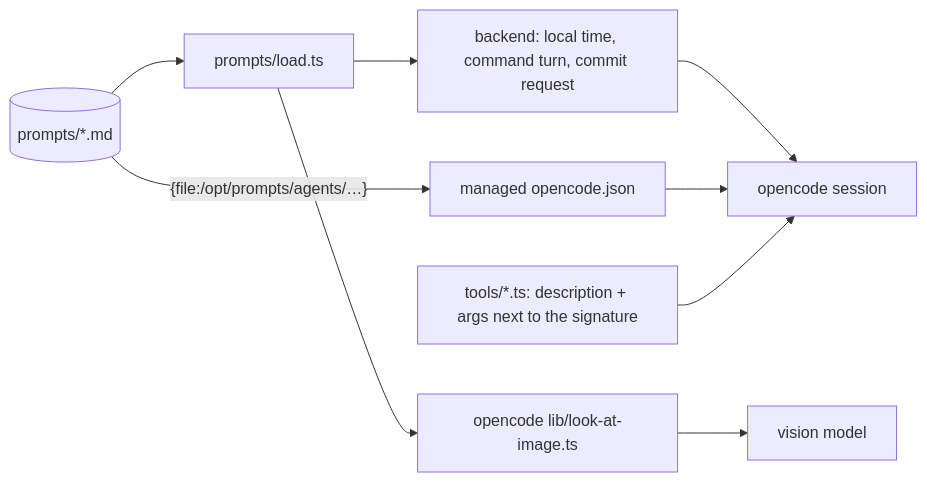
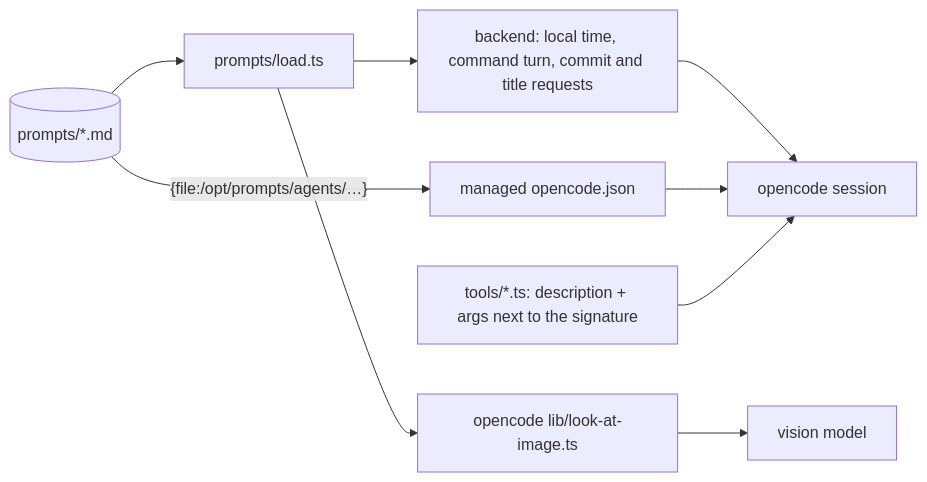
Before and after one commit to tillg/karpathy.app: the third of 30 diagrams in specs/system/architecture.md, drawn with Mermaid. The commit also changed other lines of this file and 14 other files, not shown here.

````diff
--- a/specs/system/architecture.md
+++ b/specs/system/architecture.md
@@ -312,8 +313,8 @@
 ```mermaid
 flowchart LR
   P[(prompts/*.md)] --> L[prompts/load.ts]
-  L --> B[backend: local time, command turn, commit request] --> OC[opencode session]
+  L --> B[backend: local time, command turn, commit and title requests] --> OC[opencode session]
   L --> V[opencode lib/look-at-image.ts] --> VM[vision model]
   P -- "{file:/opt/prompts/agents/…}" --> J[managed opencode.json] --> OC
   T[tools/*.ts: description + args next to the signature] --> OC
 ```
````
